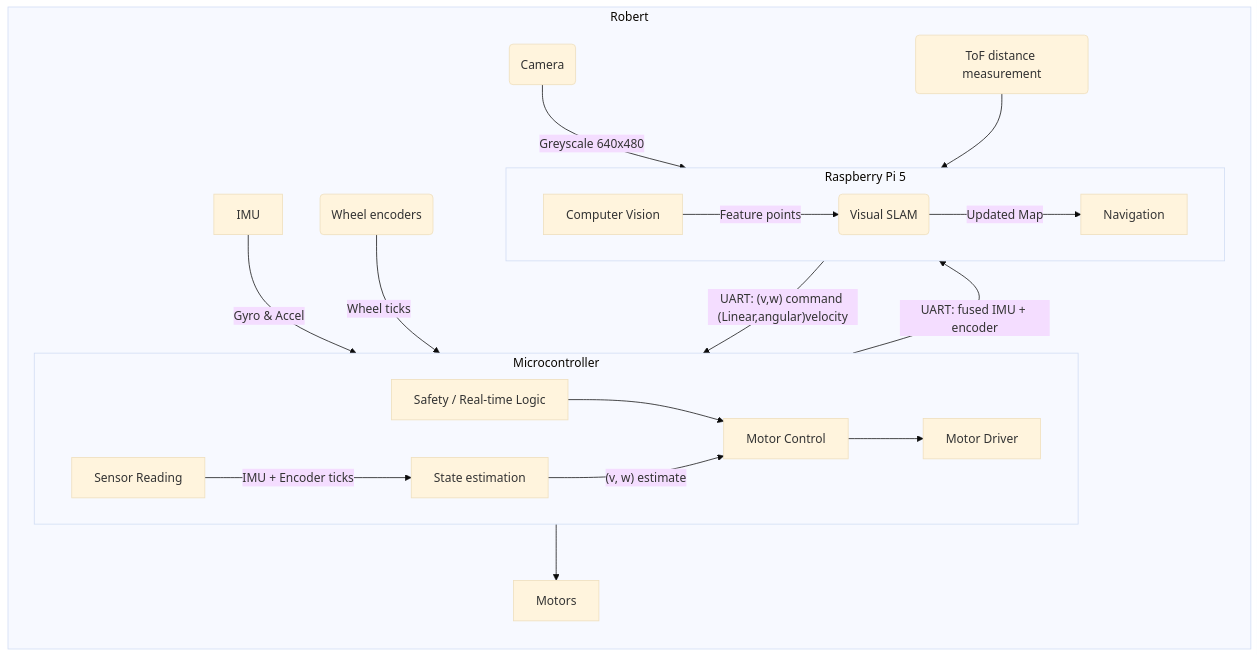
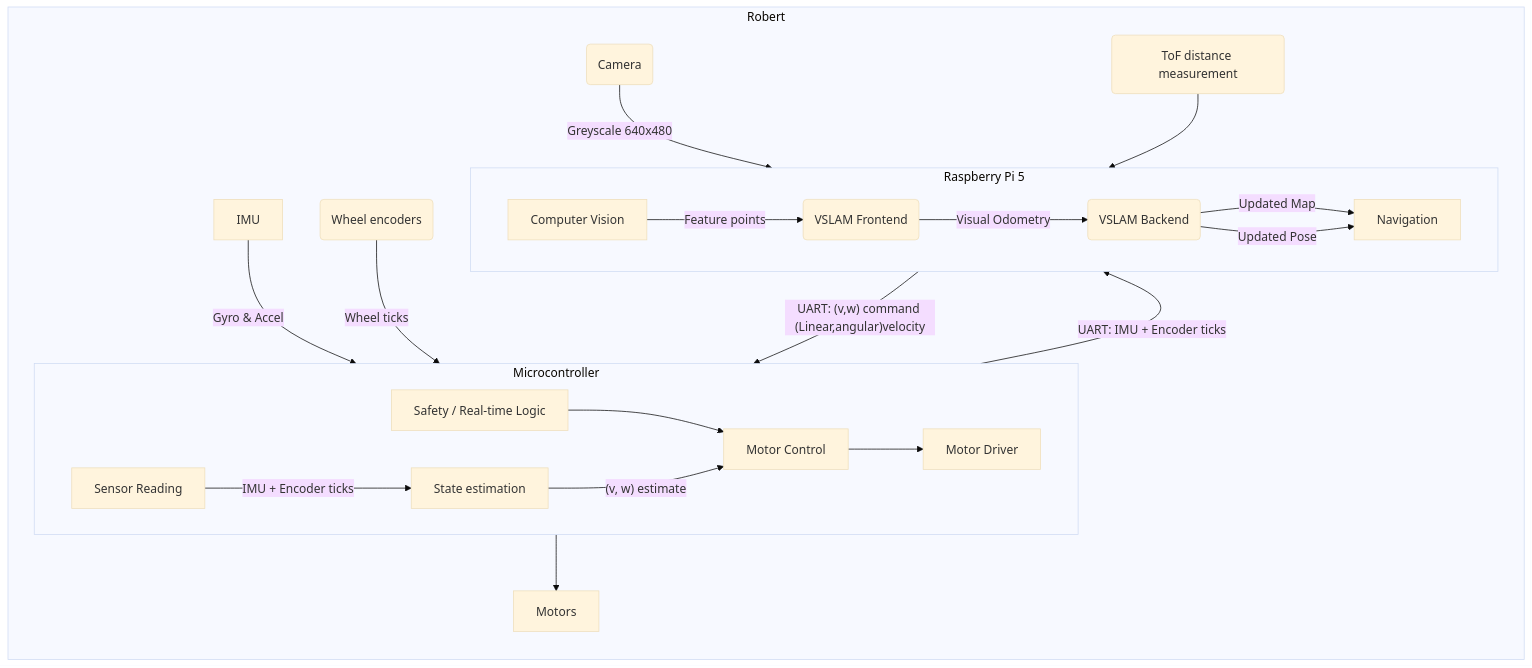
The first of 4 diagrams in README.md (carmor1337/Robert-Diffrential-drive-robot), drawn with Mermaid (base theme) before and after one commit. The commit also changed other lines of this file, not shown here.

````diff
--- a/README.md
+++ b/README.md
@@ -87,51 +78,52 @@
 ```mermaid
 flowchart LR
     subgraph Robert
         direction TD
 
         ToF("ToF distance measurement")
         Camera("Camera")
 
         IMU["IMU"]
         Encoder("Wheel encoders")
         
         subgraph MCU["Microcontroller"]
             direction LR
             Safety["Safety / Real-time Logic"]
             SensorFusion["State estimation"]
             SensorRead["Sensor Reading"]
             MotorControl["Motor Control"]
             MotorDriver["Motor Driver"]
         end
         
         subgraph RPI["Raspberry Pi 5"]
             direction LR
-            SLAM("Visual SLAM")
+            Frontend("VSLAM Frontend")
+            Backend("VSLAM Backend")
             Vision["Computer Vision"]
             Navigation["Navigation"]
         end
 
-        Camera -->|"Greyscale 640x480"| RPI
-        ToF --> RPI
+        Camera -->|"Greyscale 640x480"| Vision
+        ToF --> Frontend
             
-        MCU -->|"UART: fused IMU + encoder"| RPI
+        MCU -->|"UART: IMU + Encoder ticks"| Frontend
 
 
         MotorControl --> MotorDriver
         MotorDriver --> Motors
     end
     
 
-    IMU -->|"Gyro & Accel"| MCU
-    Encoder -->|"Wheel ticks"| MCU
+    IMU -->|"Gyro & Accel"| SensorRead
+    Encoder -->|"Wheel ticks"| SensorRead
 
     Safety --> MotorControl
     SensorRead -->|"IMU + Encoder ticks"| SensorFusion
     SensorFusion -->|"(v, w) estimate"| MotorControl
 
 
-    Navigation -->|"UART: (v,w) command (Linear,angular)velocity "|MotorControl
-    Vision -->|"Feature points"| SLAM -->|"Updated Map"| Navigation
-
+    Navigation -->|"UART: (v,w) command (Linear,angular)velocity "| MotorControl
+    Vision -->|"Feature points"| Frontend -->|"Visual Odometry"| Backend -->|"Updated Map"| Navigation
+    Backend -->|"Updated Pose"| Navigation
    
 ```
````
